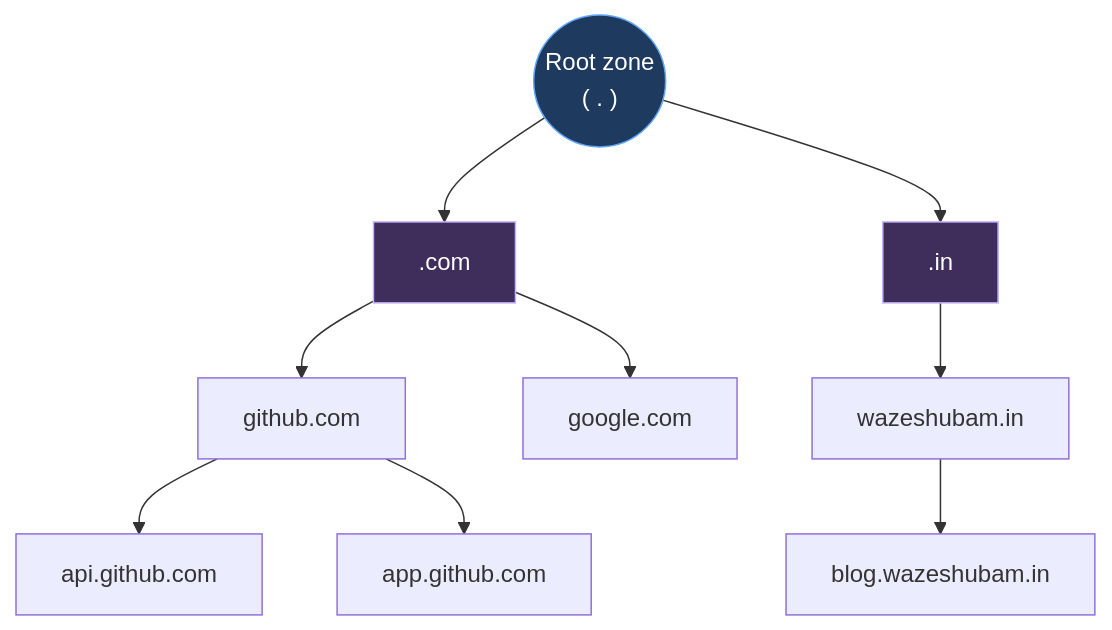
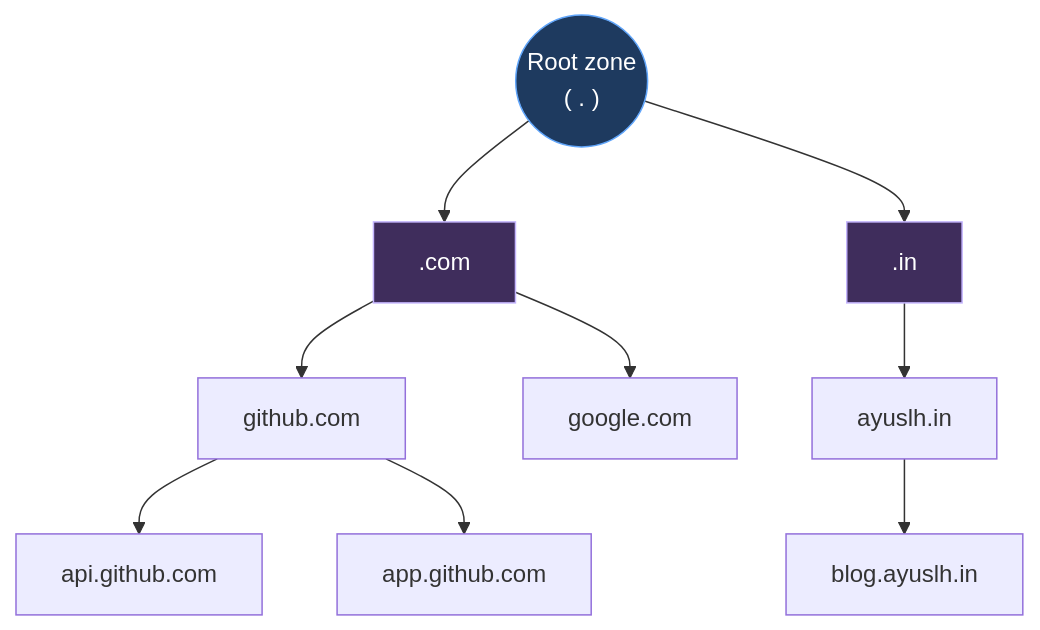
Before and after one commit to ayuslharora/blog-ayuslh: the second of 4 diagrams in content/posts/networking/ch23-dns-domain-name-system.mdx, drawn with Mermaid.

Commit message:
Improvement in the diagram

````diff
--- a/content/posts/networking/ch23-dns-domain-name-system.mdx
+++ b/content/posts/networking/ch23-dns-domain-name-system.mdx
@@ -89,16 +89,16 @@
 ```mermaid
 flowchart TD
     Root(("Root zone<br/>( . )"))
     Root --> ComTLD[".com"]
     Root --> InTLD[".in"]
     ComTLD --> GH["github.com"]
     ComTLD --> GO["google.com"]
-    InTLD --> WS["wazeshubam.in"]
+    InTLD --> WS["ayuslh.in"]
     GH --> API["api.github.com"]
     GH --> APP["app.github.com"]
-    WS --> Blog["blog.wazeshubam.in"]
+    WS --> Blog["blog.ayuslh.in"]
 
     style Root fill:#1e3a5f,stroke:#60a5fa,color:#fff
     style ComTLD fill:#3f2d5c,stroke:#c4b5fd,color:#fff
     style InTLD fill:#3f2d5c,stroke:#c4b5fd,color:#fff
 ```
````
